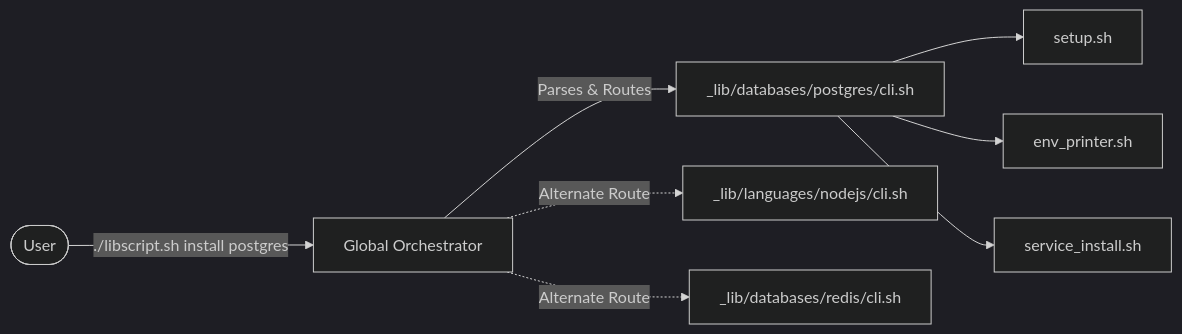
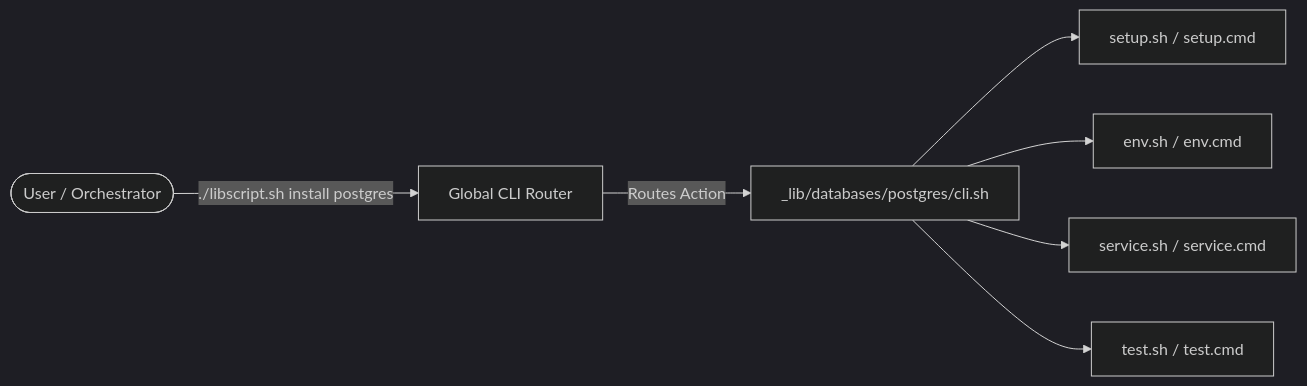
The second of 7 diagrams in ARCHITECTURE.md (SamuelMarks/libscript), drawn with Mermaid (dark theme) before and after one commit. The commit also changed other lines of this file and 385 other files, not shown here.

````diff
--- a/ARCHITECTURE.md
+++ b/ARCHITECTURE.md
@@ -22,11 +76,9 @@
 ```mermaid
 flowchart LR
-    User([User]) -->|./libscript.sh install postgres| GlobalCLI[Global Orchestrator]
-    GlobalCLI -->|Parses & Routes| PostgresCLI[_lib/databases/postgres/cli.sh]
-    GlobalCLI -.->|Alternate Route| NodeCLI[_lib/languages/nodejs/cli.sh]
-    GlobalCLI -.->|Alternate Route| RedisCLI[_lib/databases/redis/cli.sh]
-
-    PostgresCLI --> Setup[setup.sh]
-    PostgresCLI --> Env[env_printer.sh]
-    PostgresCLI --> Service[service_install.sh]
+    User([User / Orchestrator]) -->|./libscript.sh install postgres| Router[Global CLI Router]
+    Router -->|Routes Action| CompCLI[_lib/databases/postgres/cli.sh]
+    CompCLI --> Setup[setup.sh / setup.cmd]
+    CompCLI --> Env[env.sh / env.cmd]
+    CompCLI --> Service[service.sh / service.cmd]
+    CompCLI --> Test[test.sh / test.cmd]
 ```
````
